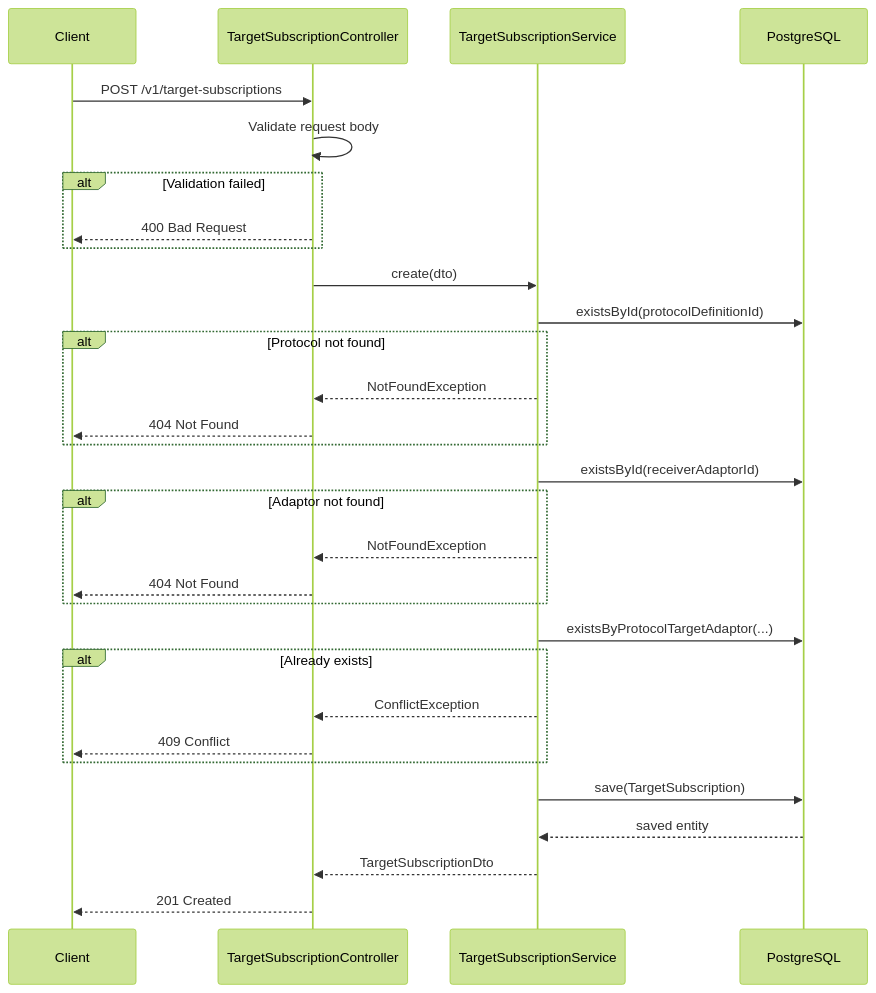
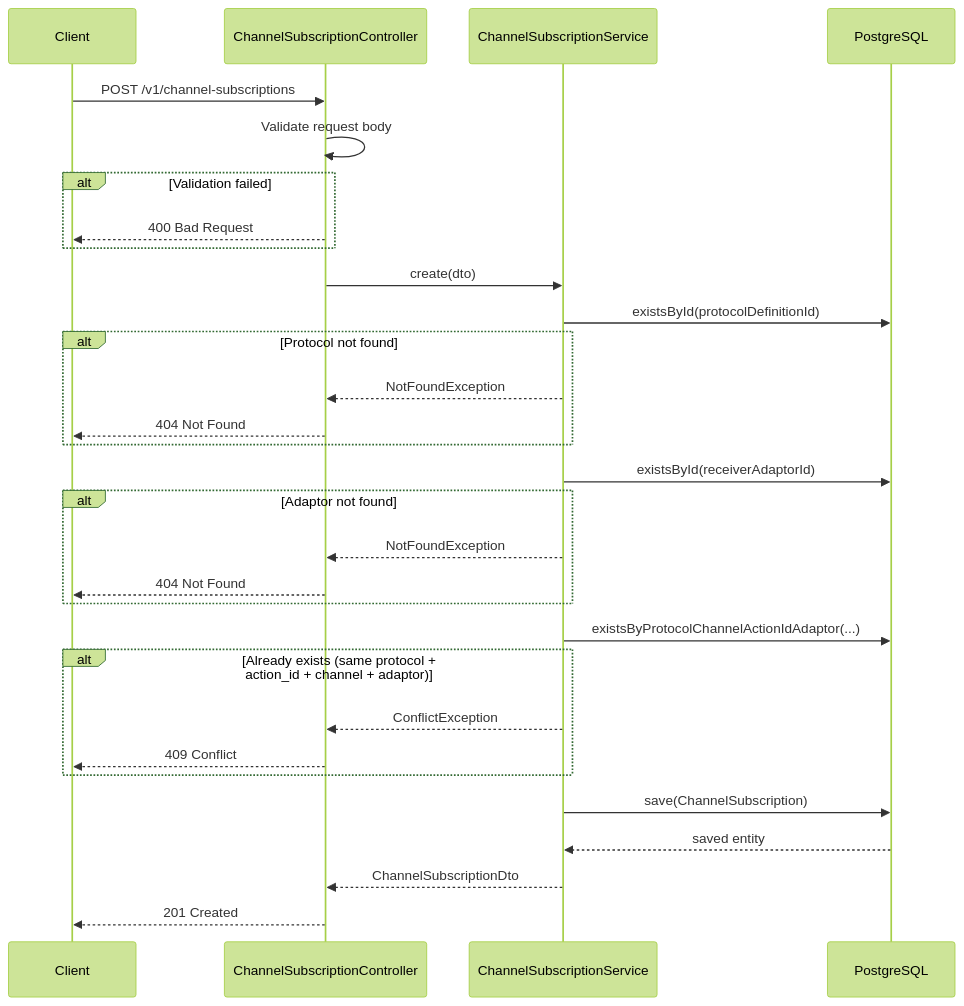
Diagram 11 of 13 in docs/flow-diagrams.md (Jayaprakash8887/cce-intelligence-service), drawn with Mermaid (forest theme) before and after one commit. The commit also changed other lines of this file and 6 other files, not shown here.

Commit message:
documentation update with channel instead of target and FHIR rep of receiver adaptors

````diff
--- a/docs/flow-diagrams.md
+++ b/docs/flow-diagrams.md
@@ -323,37 +348,37 @@
 ```mermaid
 sequenceDiagram
     participant Client
-    participant Controller as TargetSubscriptionController
-    participant Service as TargetSubscriptionService
+    participant Controller as ChannelSubscriptionController
+    participant Service as ChannelSubscriptionService
     participant DB as PostgreSQL
 
-    Client->>Controller: POST /v1/target-subscriptions
+    Client->>Controller: POST /v1/channel-subscriptions
     Controller->>Controller: Validate request body
     alt Validation failed
         Controller-->>Client: 400 Bad Request
     end
 
     Controller->>Service: create(dto)
     Service->>DB: existsById(protocolDefinitionId)
     alt Protocol not found
         Service-->>Controller: NotFoundException
         Controller-->>Client: 404 Not Found
     end
 
     Service->>DB: existsById(receiverAdaptorId)
     alt Adaptor not found
         Service-->>Controller: NotFoundException
         Controller-->>Client: 404 Not Found
     end
 
-    Service->>DB: existsByProtocolTargetAdaptor(...)
-    alt Already exists
+    Service->>DB: existsByProtocolChannelActionIdAdaptor(...)
+    alt Already exists (same protocol + action_id + channel + adaptor)
         Service-->>Controller: ConflictException
         Controller-->>Client: 409 Conflict
     end
 
-    Service->>DB: save(TargetSubscription)
+    Service->>DB: save(ChannelSubscription)
     DB-->>Service: saved entity
-    Service-->>Controller: TargetSubscriptionDto
+    Service-->>Controller: ChannelSubscriptionDto
     Controller-->>Client: 201 Created
 ```
````
